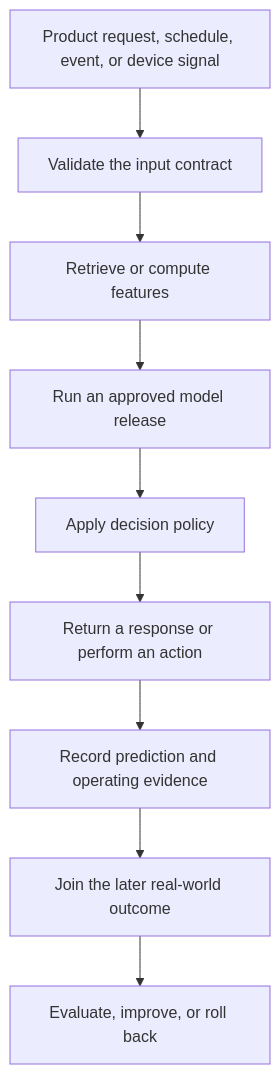
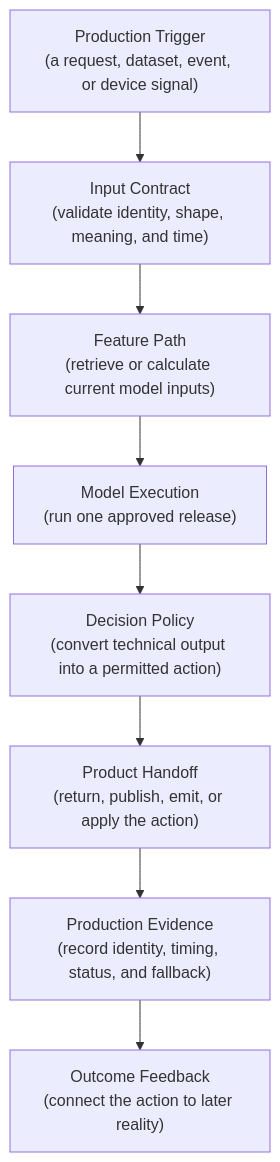
One commit to senlinyy/dev-roadmaps changed the first of 6 diagrams in roadmaps/mlops/modules/mlops-foundations/architecture-basics/03-prediction-delivery-in-an-mlops-architecture.md. Above: the diagram before and after it, drawn with Mermaid. The commit also changed other lines of this file and 152 other files, not shown here.

Commit message:
feat: mlops and diagrams updated

````diff
--- a/roadmaps/mlops/modules/mlops-foundations/architecture-basics/03-prediction-delivery-in-an-mlops-architecture.md
+++ b/roadmaps/mlops/modules/mlops-foundations/architecture-basics/03-prediction-delivery-in-an-mlops-architecture.md
@@ -40,11 +56,10 @@
 ```mermaid
 flowchart TD
-    A["Product request, schedule, event, or device signal"] --> B["Validate the input contract"]
-    B --> C["Retrieve or compute features"]
-    C --> D["Run an approved model release"]
-    D --> E["Apply decision policy"]
-    E --> F["Return a response or perform an action"]
-    F --> G["Record prediction and operating evidence"]
-    G --> H["Join the later real-world outcome"]
-    H --> I["Evaluate, improve, or roll back"]
+    A["Production Trigger<br/>(a request, dataset, event, or device signal)"] --> B["Input Contract<br/>(validate identity, shape, meaning, and time)"]
+    B --> C["Feature Path<br/>(retrieve or calculate current model inputs)"]
+    C --> D["Model Execution<br/>(run one approved release)"]
+    D --> E["Decision Policy<br/>(convert technical output into a permitted action)"]
+    E --> F["Product Handoff<br/>(return, publish, emit, or apply the action)"]
+    F --> G["Production Evidence<br/>(record identity, timing, status, and fallback)"]
+    G --> H["Outcome Feedback<br/>(connect the action to later reality)"]
 ```
````
